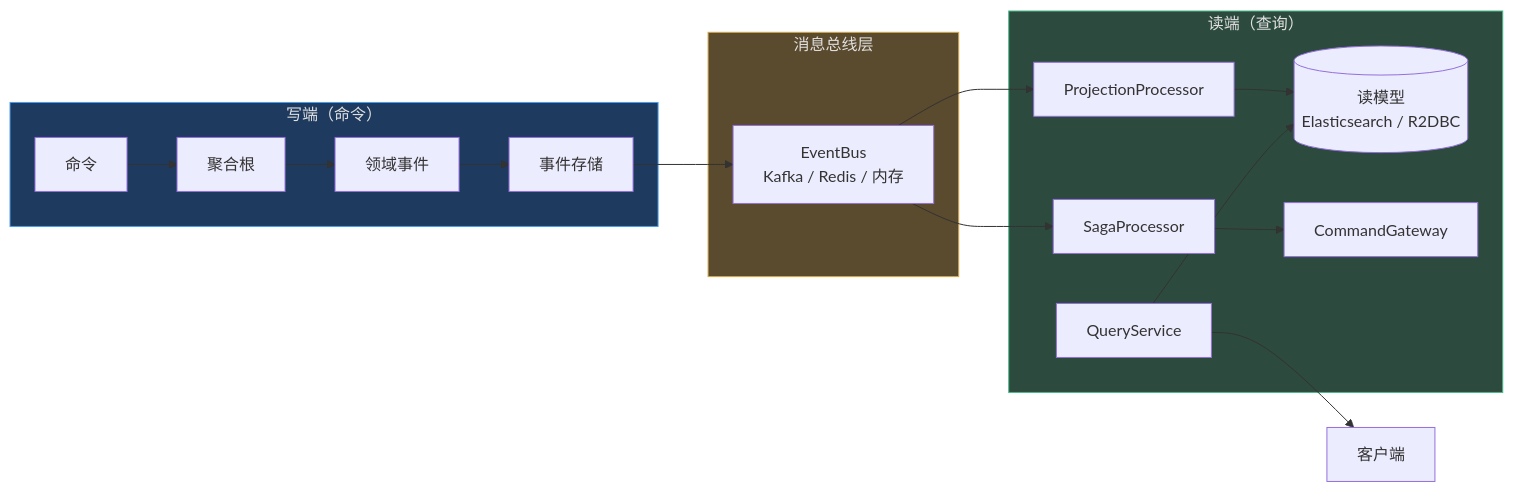
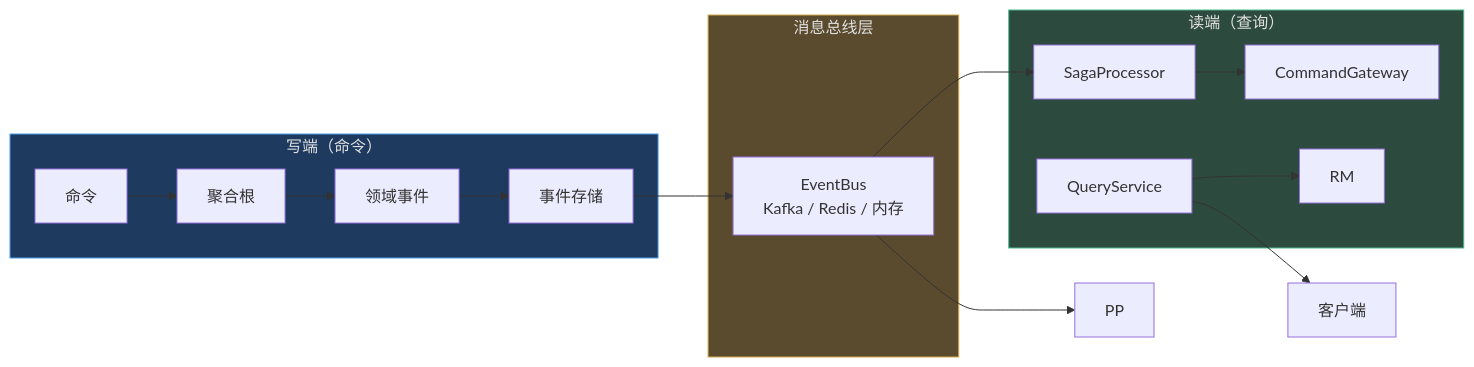
One commit to Ahoo-Wang/Wow changed the sixth of 6 diagrams in documentation/docs/zh/guide/advanced/architecture.md. Above: the diagram before and after it, drawn with Mermaid. The commit also changed other lines of this file and 92 other files, not shown here.

````diff
--- a/documentation/docs/zh/guide/advanced/architecture.md
+++ b/documentation/docs/zh/guide/advanced/architecture.md
@@ -358,27 +352,26 @@
 ```mermaid
 flowchart LR
     subgraph WRITE["写端（命令）"]
         CMD["命令"] --> AR["聚合根"]
         AR --> EVT["领域事件"]
         EVT --> ES["事件存储"]
     end
 
     subgraph BUS["消息总线层"]
         EB["EventBus<br>Kafka / Redis / 内存"]
     end
 
     subgraph READ["读端（查询）"]
-        PP["ProjectionProcessor"] --> RM[("读模型<br>Elasticsearch / R2DBC")]
         SP["SagaProcessor"] --> CG["CommandGateway"]
         QS["QueryService"] --> RM
     end
 
     ES --> EB
     EB --> PP
     EB --> SP
     QS --> 客户端
 
     style WRITE fill:#1e3a5f,stroke:#4a9eed,color:#e0e0e0
     style BUS fill:#5a4a2e,stroke:#d4a84b,color:#e0e0e0
     style READ fill:#2d4a3e,stroke:#4aba8a,color:#e0e0e0
 ```
````
